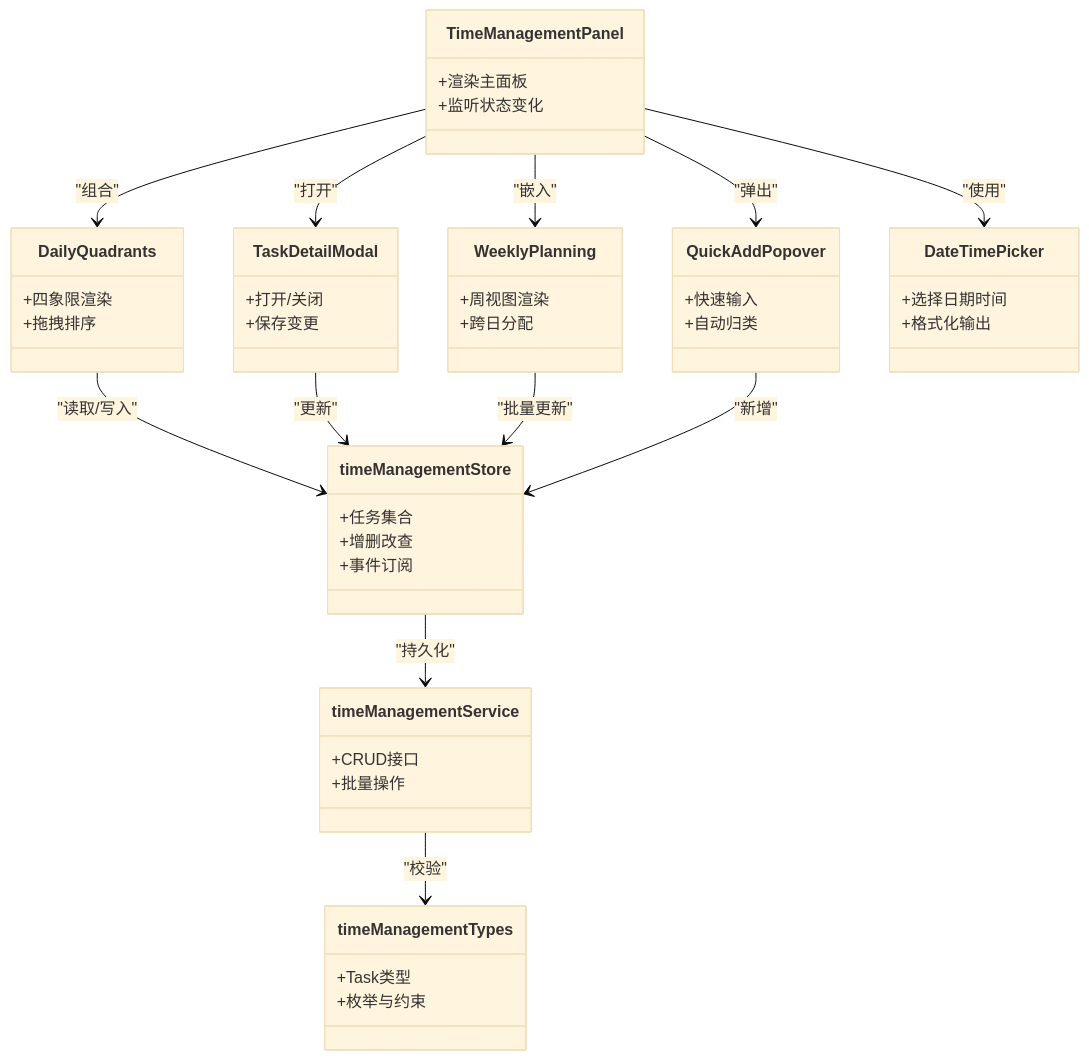
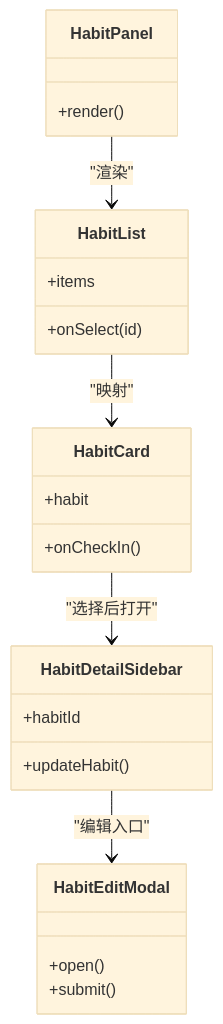
The fifth of 9 diagrams in .qoder/repowiki/zh/content/核心功能模块/核心功能模块.md (gzdxhujiale/FishWorker), drawn with Mermaid (base theme) before and after one commit. The commit also changed other lines of this file and 238 other files, not shown here.

````diff
--- a/.qoder/repowiki/zh/content/核心功能模块/核心功能模块.md
+++ b/.qoder/repowiki/zh/content/核心功能模块/核心功能模块.md
@@ -198,51 +255,26 @@
 ```mermaid
 classDiagram
-class TimeManagementPanel {
-+渲染主面板
-+监听状态变化
+class HabitPanel {
++render()
 }
-class DailyQuadrants {
-+四象限渲染
-+拖拽排序
+class HabitList {
++items
++onSelect(id)
 }
-class TaskDetailModal {
-+打开/关闭
-+保存变更
+class HabitCard {
++habit
++onCheckIn()
 }
-class WeeklyPlanning {
-+周视图渲染
-+跨日分配
+class HabitDetailSidebar {
++habitId
++updateHabit()
 }
-class QuickAddPopover {
-+快速输入
-+自动归类
+class HabitEditModal {
++open()
++submit()
 }
-class DateTimePicker {
-+选择日期时间
-+格式化输出
-}
-class timeManagementStore {
-+任务集合
-+增删改查
-+事件订阅
-}
-class timeManagementService {
-+CRUD接口
-+批量操作
-}
-class timeManagementTypes {
-+Task类型
-+枚举与约束
-}
-TimeManagementPanel --> DailyQuadrants : "组合"
-TimeManagementPanel --> TaskDetailModal : "打开"
-TimeManagementPanel --> WeeklyPlanning : "嵌入"
-TimeManagementPanel --> QuickAddPopover : "弹出"
-TimeManagementPanel --> DateTimePicker : "使用"
-DailyQuadrants --> timeManagementStore : "读取/写入"
-TaskDetailModal --> timeManagementStore : "更新"
-WeeklyPlanning --> timeManagementStore : "批量更新"
-QuickAddPopover --> timeManagementStore : "新增"
-timeManagementStore --> timeManagementService : "持久化"
-timeManagementService --> timeManagementTypes : "校验"
+HabitPanel --> HabitList : "渲染"
+HabitList --> HabitCard : "映射"
+HabitCard --> HabitDetailSidebar : "选择后打开"
+HabitDetailSidebar --> HabitEditModal : "编辑入口"
 ```
````
